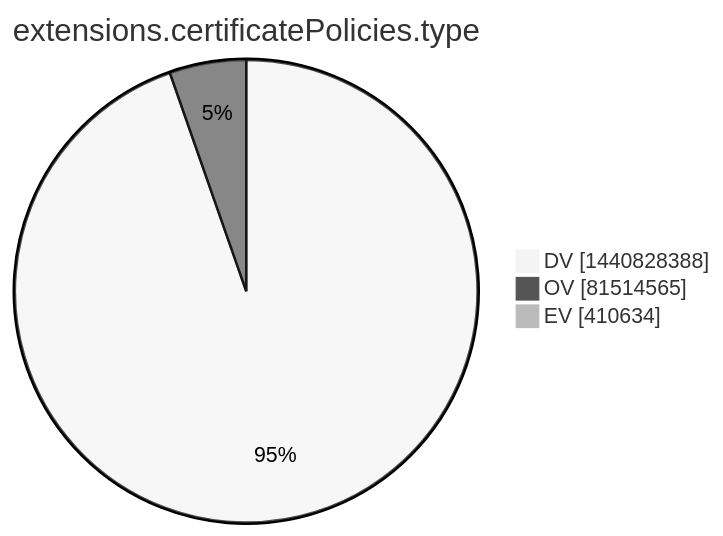
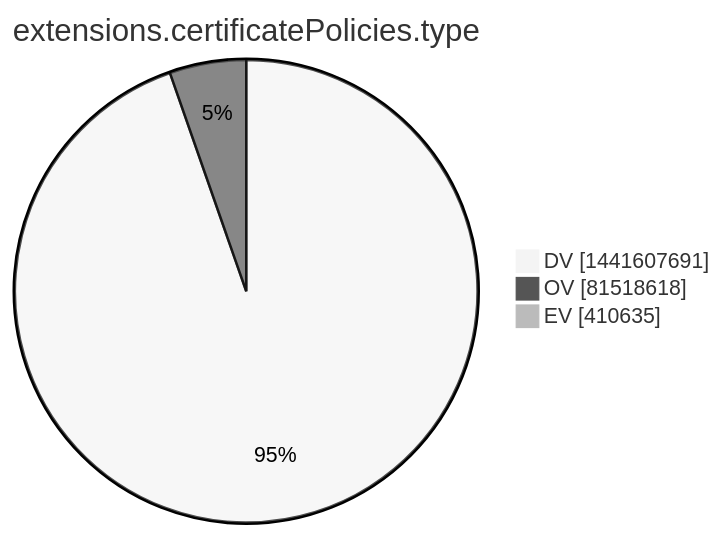
Before and after one commit to christiankrug/ctmonitor_visualization: the tenth of 15 diagrams in xenon2022/README.md, drawn with Mermaid (neutral theme). The commit also changed other lines of this file, not shown here.

````diff
--- a/xenon2022/README.md
+++ b/xenon2022/README.md
@@ -2867,7 +2868,7 @@
 ```mermaid
 pie showData
 title extensions.certificatePolicies.type
-"DV" :1440828388
-"OV" :81514565
-"EV" :410634
+"DV" :1441607691
+"OV" :81518618
+"EV" :410635
 ```
````
